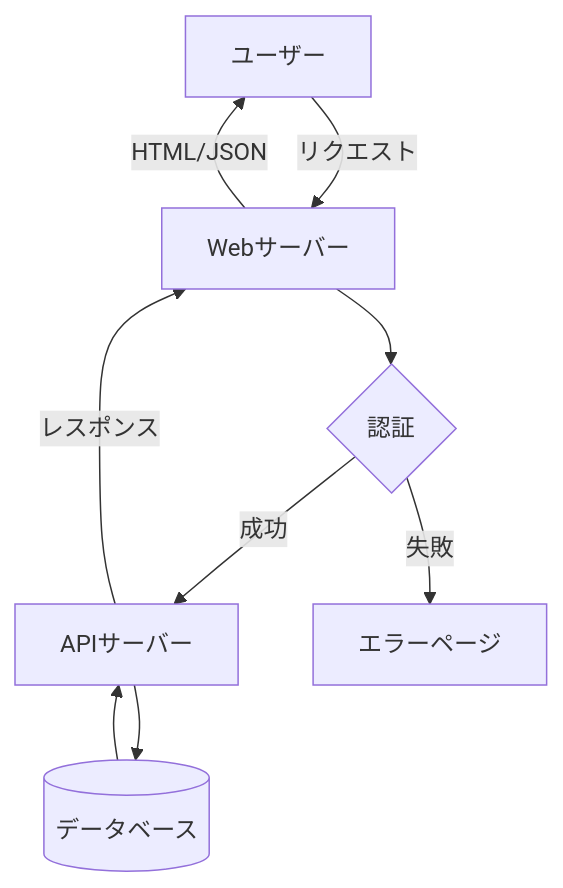
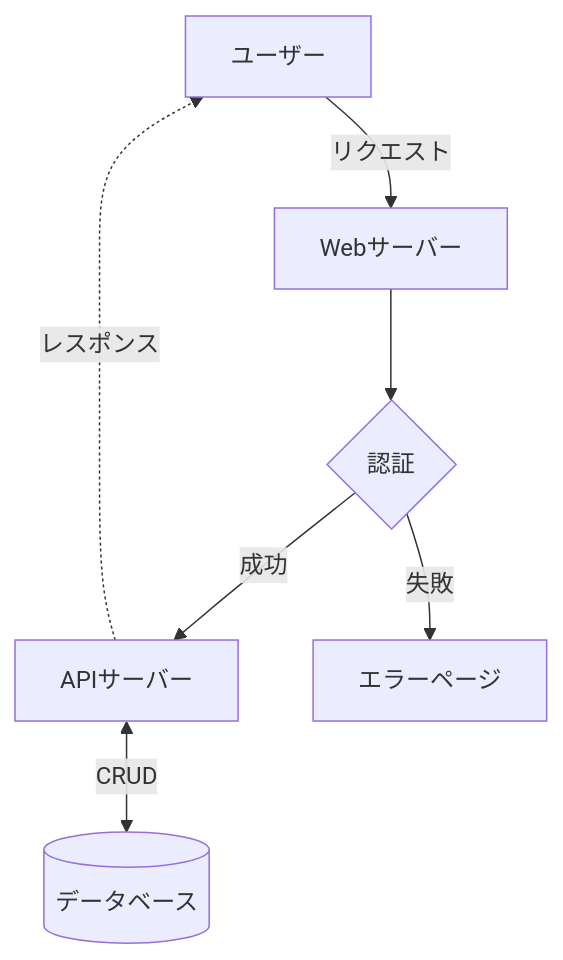
Before and after one commit to altus5/marp-theme: the diagram in examples/example-mermaid_flowchart.mmd, drawn with Mermaid. The commit also changed 7 other files, not shown here.

First line of the commit message:
テーマCSS改善とmermaid設定修正

```diff
--- a/examples/example-mermaid_flowchart.mmd
+++ b/examples/example-mermaid_flowchart.mmd
@@ -1,9 +1,7 @@
 flowchart TD
     A[ユーザー] -->|リクエスト| B[Webサーバー]
     B --> C{認証}
     C -->|成功| D[APIサーバー]
     C -->|失敗| E[エラーページ]
-    D --> F[(データベース)]
-    F --> D
-    D -->|レスポンス| B
-    B -->|HTML/JSON| A
+    D <-->|CRUD| F[(データベース)]
+    D -.->|レスポンス| A
```
